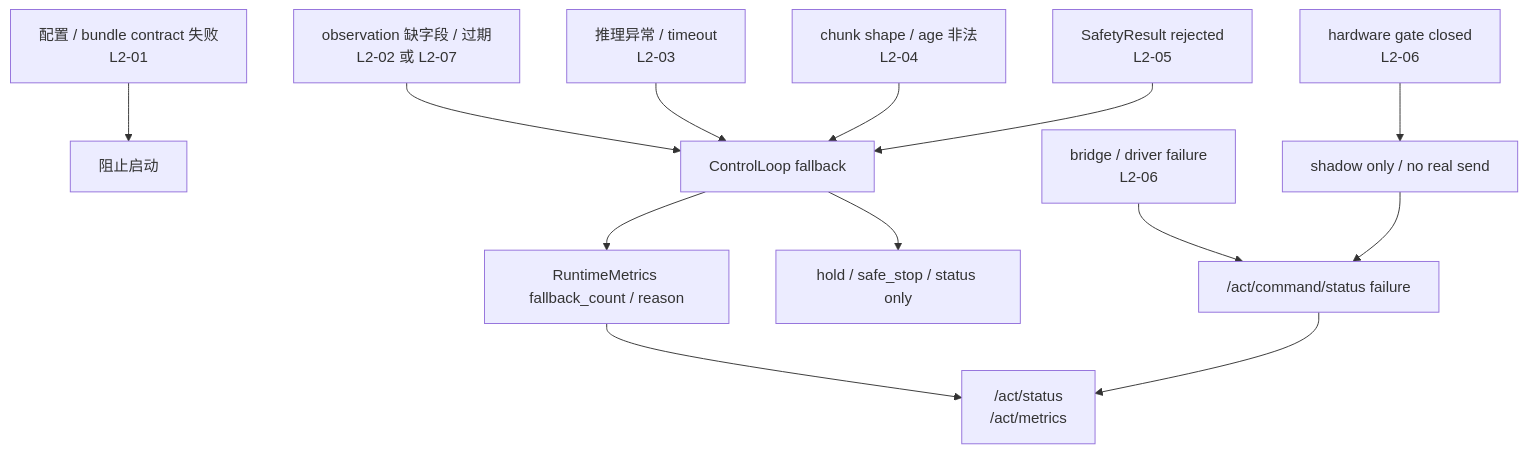
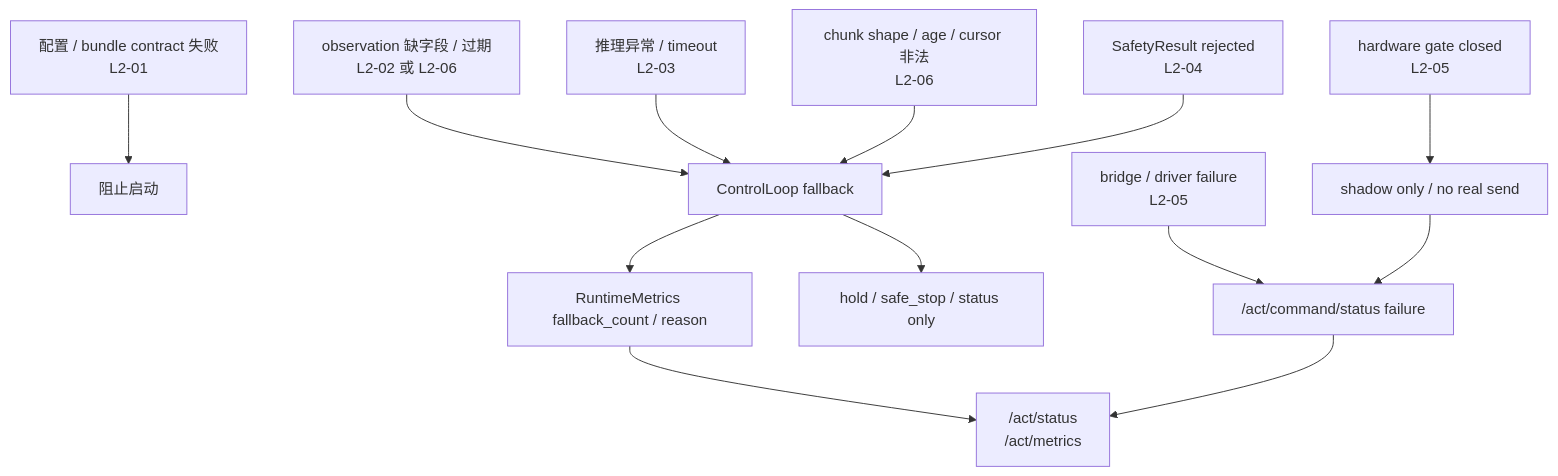
Before and after one commit to jack-z36/ROS: the fifth of 7 diagrams in DOCS/03_工程/阶段四：模型部署/02_implement/02_L1_ACT功能模块协作架构.md, drawn with Mermaid. The commit also changed other lines of this file and 21 other files, not shown here.

````diff
--- a/DOCS/03_工程/阶段四：模型部署/02_implement/02_L1_ACT功能模块协作架构.md
+++ b/DOCS/03_工程/阶段四：模型部署/02_implement/02_L1_ACT功能模块协作架构.md
@@ -500,16 +442,16 @@
 ```mermaid
 flowchart TB
     CFGFAIL["配置 / bundle contract 失败<br/>L2-01"] --> STOP["阻止启动"]
-    OBSMISS["observation 缺字段 / 过期<br/>L2-02 或 L2-07"] --> FB["ControlLoop fallback"]
+    OBSMISS["observation 缺字段 / 过期<br/>L2-02 或 L2-06"] --> FB["ControlLoop fallback"]
     INFERR["推理异常 / timeout<br/>L2-03"] --> FB
-    CHUNKERR["chunk shape / age 非法<br/>L2-04"] --> FB
-    SAFEERR["SafetyResult rejected<br/>L2-05"] --> FB
-    GATE["hardware gate closed<br/>L2-06"] --> SHADOW["shadow only / no real send"]
-    DRIVER["bridge / driver failure<br/>L2-06"] --> CST["/act/command/status failure"]
+    CHUNKERR["chunk shape / age / cursor 非法<br/>L2-06"] --> FB
+    SAFEERR["SafetyResult rejected<br/>L2-04"] --> FB
+    GATE["hardware gate closed<br/>L2-05"] --> SHADOW["shadow only / no real send"]
+    DRIVER["bridge / driver failure<br/>L2-05"] --> CST["/act/command/status failure"]
 
     FB --> SAFEOUT["hold / safe_stop / status only"]
     FB --> METFAIL["RuntimeMetrics fallback_count / reason"]
     SHADOW --> CST
     METFAIL --> STATUS["/act/status<br/>/act/metrics"]
     CST --> STATUS
 ```
````
